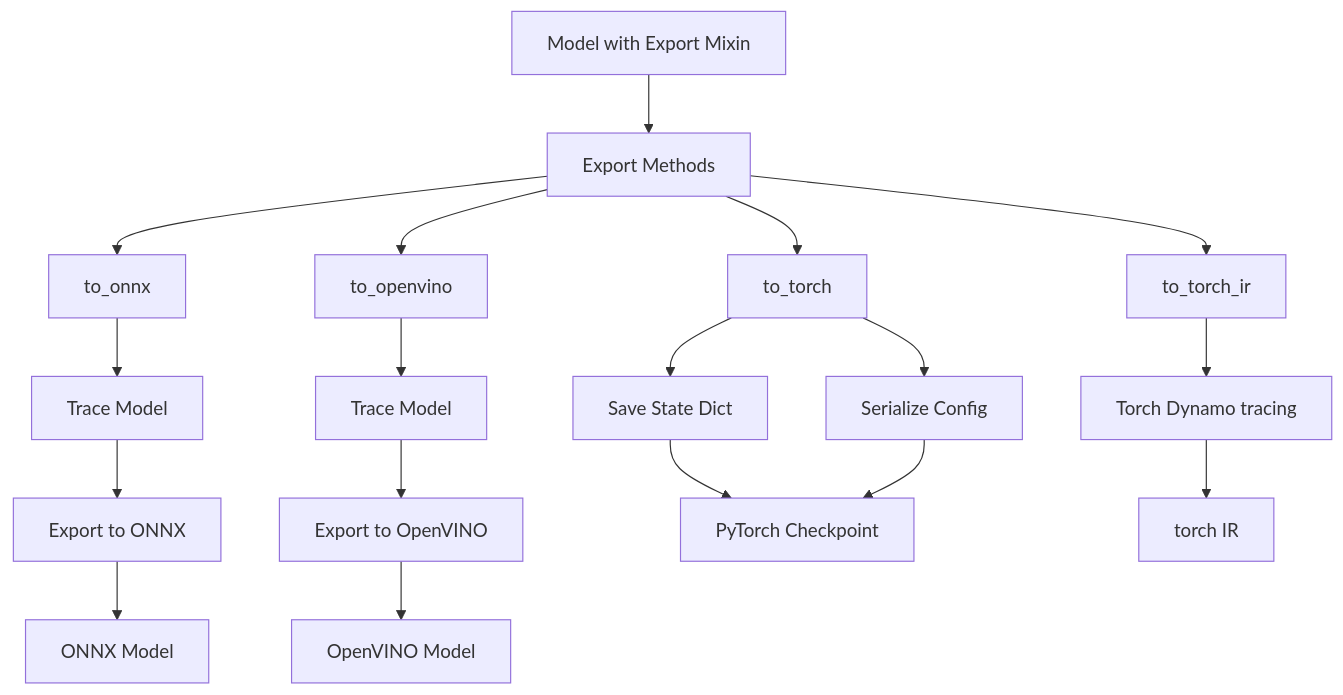
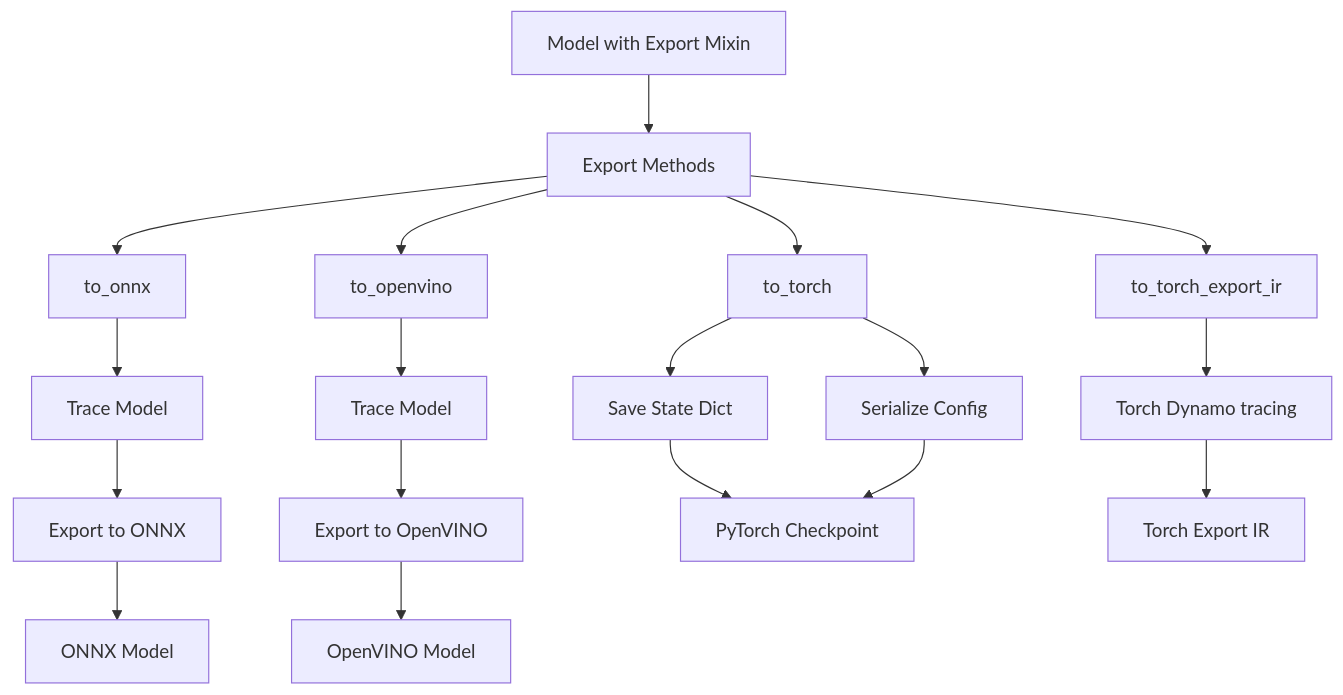
Before and after one commit to open-edge-platform/physical-ai-studio: the diagram in library/docs/design/export/README.md, drawn with Mermaid. The commit also changed other lines of this file and 3 other files, not shown here.

````diff
--- a/library/docs/design/export/README.md
+++ b/library/docs/design/export/README.md
@@ -50,28 +50,28 @@
 ```mermaid
 graph TB
     A[Model with Export Mixin] --> B[Export Methods]
     B --> C[to_torch]
     B --> D[to_onnx]
     B --> P[to_openvino]
 
     C --> E[Save State Dict]
     C --> F[Serialize Config]
 
     D --> G[Trace Model]
     G --> H[Export to ONNX]
 
     P --> S[Trace Model]
     S --> M[Export to OpenVINO]
 
     E --> I[PyTorch Checkpoint]
     F --> I
 
     H --> J[ONNX Model]
 
     M --> N[OpenVINO Model]
 
-    B --> Q[to_torch_ir]
+    B --> Q[to_torch_export_ir]
 
     Q --> Y[Torch Dynamo tracing]
-    Y --> Z[torch IR]
+    Y --> Z[Torch Export IR]
 ```
````
